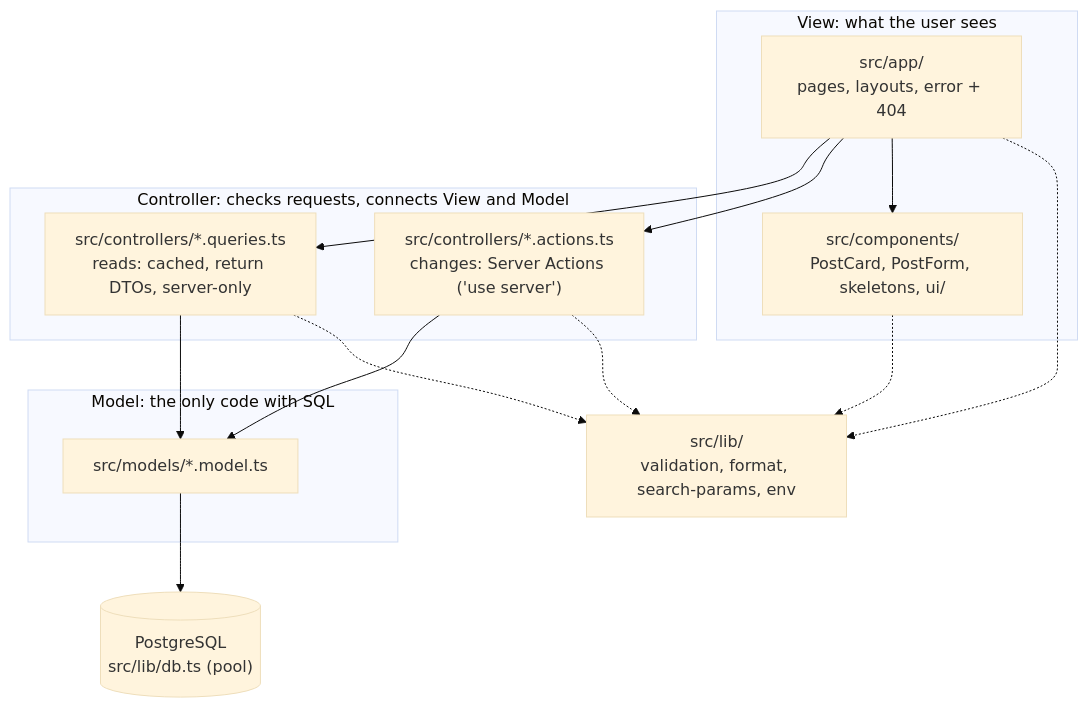
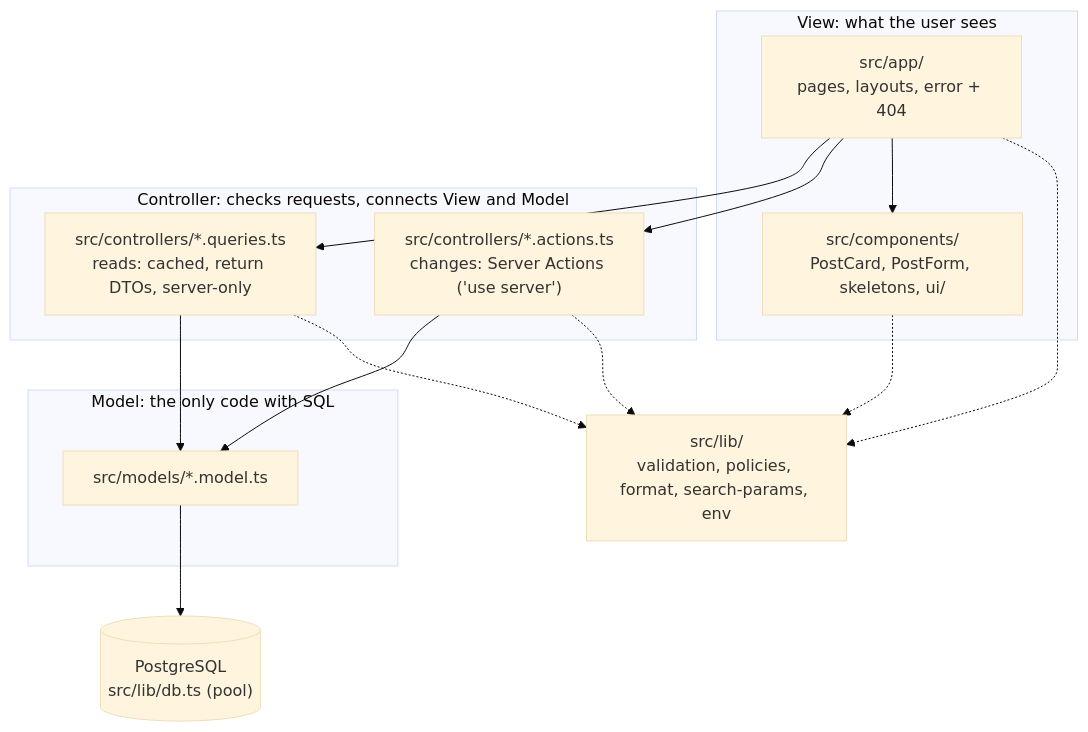
Before and after one commit to TNT57/Study-Blog-Platform: the diagram in docs/architecture.md, drawn with Mermaid (base theme). The commit also changed other lines of this file and 11 other files, not shown here.

````diff
--- a/docs/architecture.md
+++ b/docs/architecture.md
@@ -9,27 +9,27 @@
 ```mermaid
 flowchart TB
   subgraph View["View: what the user sees"]
     APP["src/app/<br/>pages, layouts, error + 404"]
     COMP["src/components/<br/>PostCard, PostForm, skeletons, ui/"]
   end
   subgraph Controller["Controller: checks requests, connects View and Model"]
     Q["src/controllers/*.queries.ts<br/>reads: cached, return DTOs, server-only"]
     A["src/controllers/*.actions.ts<br/>changes: Server Actions ('use server')"]
   end
   subgraph Model["Model: the only code with SQL"]
     M["src/models/*.model.ts"]
   end
   DB[("PostgreSQL<br/>src/lib/db.ts (pool)")]
-  LIB["src/lib/<br/>validation, format, search-params, env"]
+  LIB["src/lib/<br/>validation, policies, format, search-params, env"]
 
   APP --> Q
   APP --> A
   APP --> COMP
   Q --> M
   A --> M
   M --> DB
   APP -.-> LIB
   COMP -.-> LIB
   A -.-> LIB
   Q -.-> LIB
 ```
````
